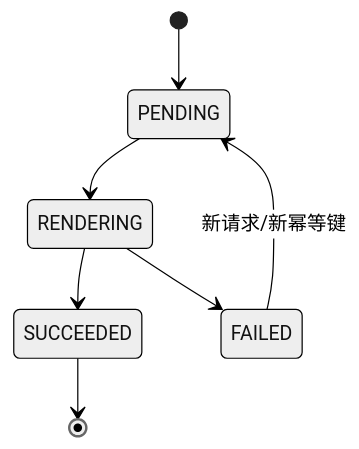
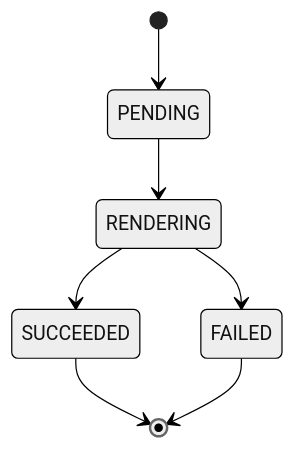
Before and after one commit to kismet84/cgc-pms: the second of 2 diagrams in docs/plans/第48条主线-业务单据模板与可审计PDF生成任务计划书.md, drawn with Mermaid (neutral theme). The commit also changed other lines of this file and 108 other files, not shown here.

````diff
--- a/docs/plans/第48条主线-业务单据模板与可审计PDF生成任务计划书.md
+++ b/docs/plans/第48条主线-业务单据模板与可审计PDF生成任务计划书.md
@@ -234,9 +278,9 @@
 ```mermaid
 stateDiagram-v2
     [*] --> PENDING
     PENDING --> RENDERING
     RENDERING --> SUCCEEDED
     RENDERING --> FAILED
-    FAILED --> PENDING: 新请求/新幂等键
     SUCCEEDED --> [*]
+    FAILED --> [*]
 ```
````
